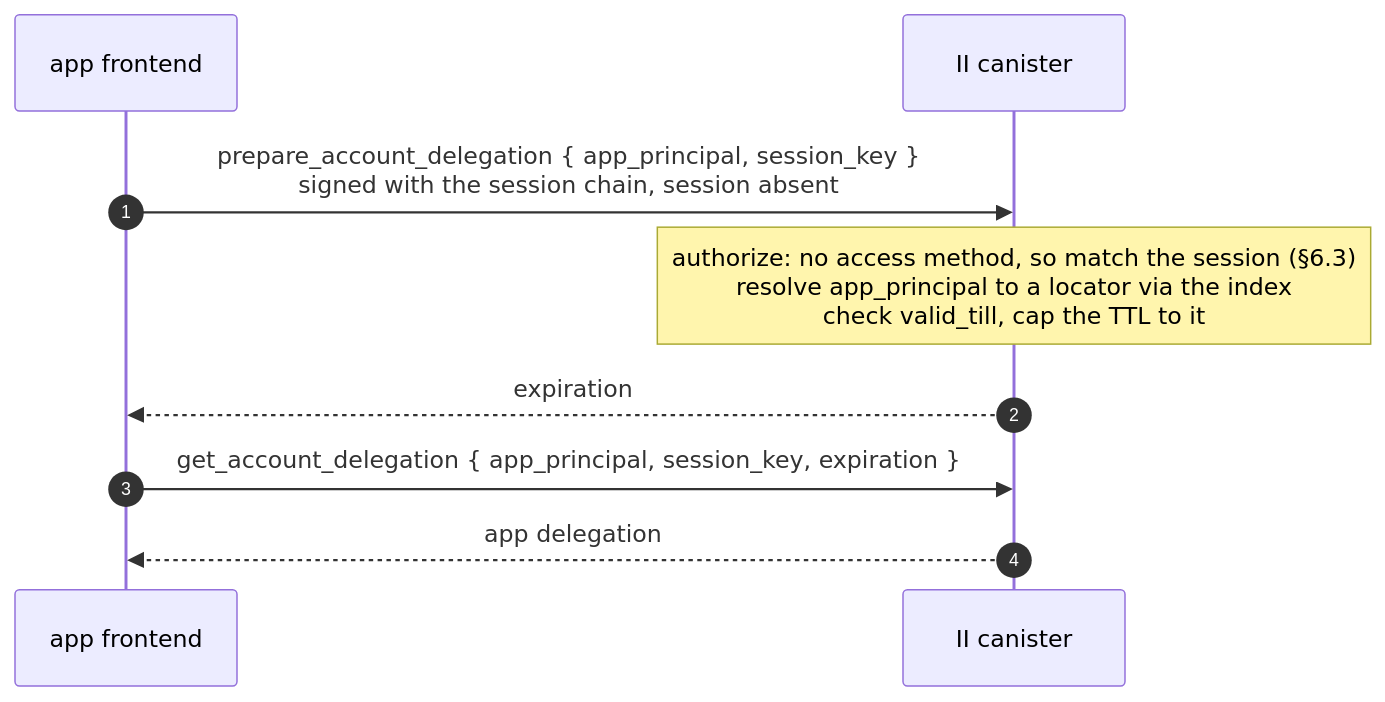
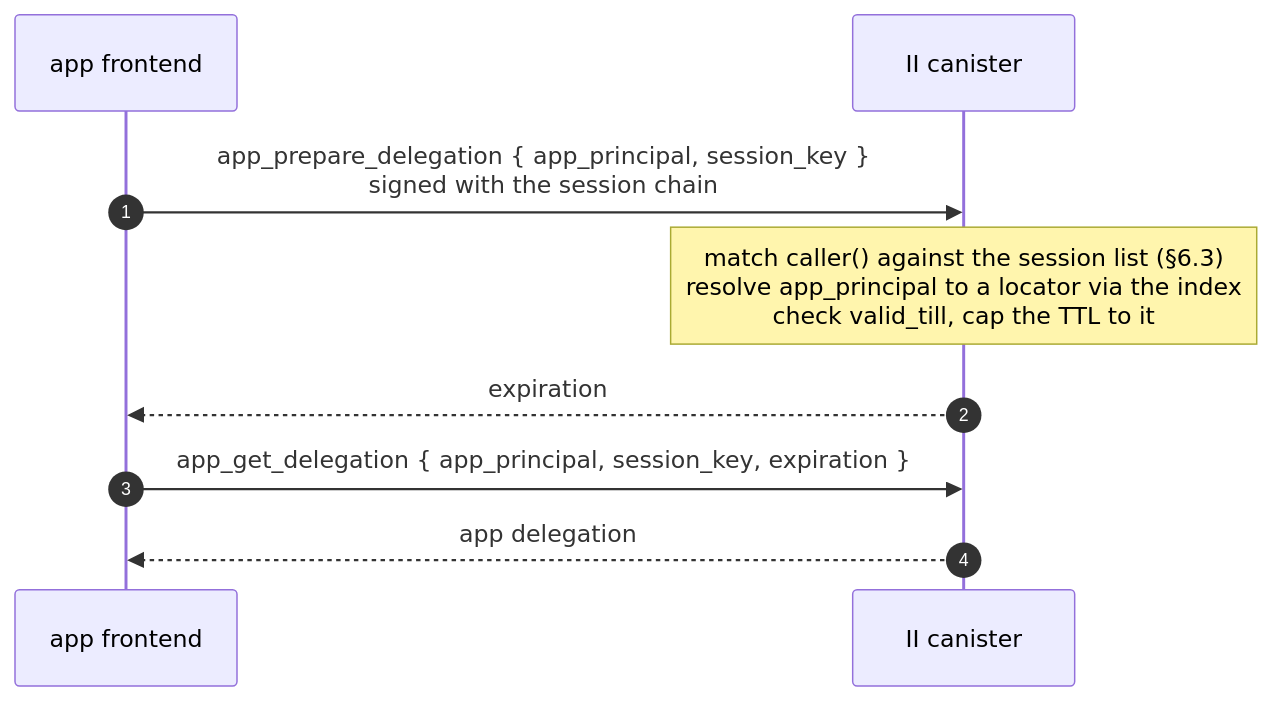
The fifth of 7 diagrams in docs/ongoing/revocable-app-sessions.md (dfinity/internet-identity), drawn with Mermaid before and after one commit. The commit also changed other lines of this file, not shown here.

````diff
--- a/docs/ongoing/revocable-app-sessions.md
+++ b/docs/ongoing/revocable-app-sessions.md
@@ -254,11 +315,11 @@
 ```mermaid
 sequenceDiagram
     autonumber
     participant App as app frontend
     participant IIC as II canister
-    App->>IIC: prepare_account_delegation { app_principal, session_key }<br/>signed with the session chain, session absent
-    Note over IIC: authorize: no access method, so match the session (§6.3)<br/>resolve app_principal to a locator via the index<br/>check valid_till, cap the TTL to it
+    App->>IIC: app_prepare_delegation { app_principal, session_key }<br/>signed with the session chain
+    Note over IIC: match caller() against the session list (§6.3)<br/>resolve app_principal to a locator via the index<br/>check valid_till, cap the TTL to it
     IIC-->>App: expiration
-    App->>IIC: get_account_delegation { app_principal, session_key, expiration }
+    App->>IIC: app_get_delegation { app_principal, session_key, expiration }
     IIC-->>App: app delegation
 ```
````
